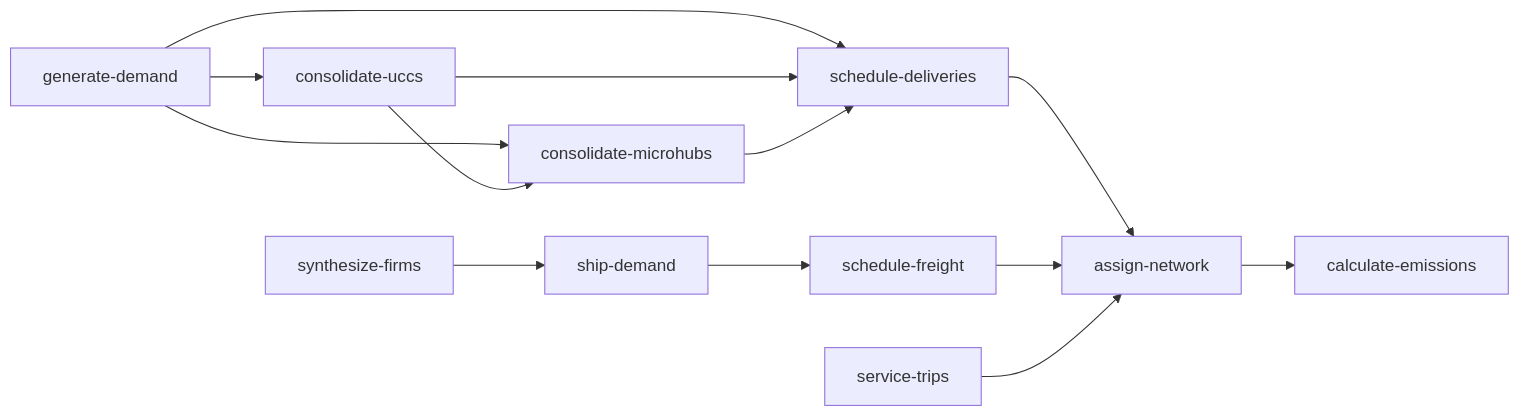
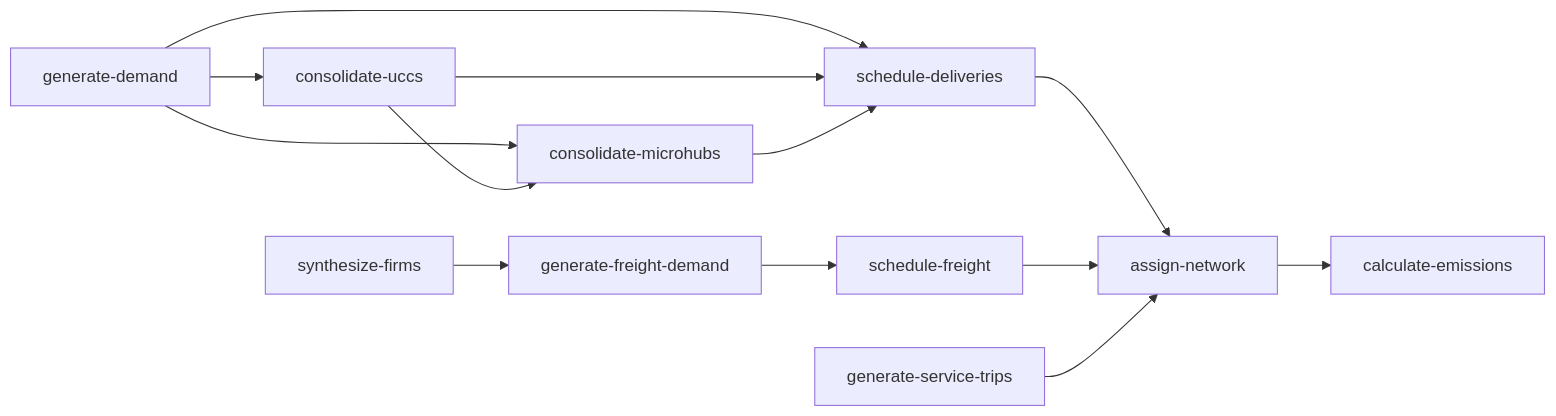
Before and after one commit to hcubasd/urban-dollop: the diagram in README.md, drawn with Mermaid. The commit also changed other lines of this file, not shown here.

First line of the commit message:
Documentation pass: fix LaTeX, variable definitions, diagram names, prose

````diff
--- a/README.md
+++ b/README.md
@@ -39,15 +39,15 @@
 ```mermaid
 flowchart LR
     A[generate-demand] --> B[consolidate-uccs]
     A --> C[consolidate-microhubs]
     A --> D[schedule-deliveries]
     B --> C
     B --> D
     C --> D
-    G[synthesize-firms] --> H[ship-demand]
+    G[synthesize-firms] --> H[generate-freight-demand]
     H --> I[schedule-freight]
     D --> E[assign-network]
     I --> E
-    J[service-trips] --> E
+    J[generate-service-trips] --> E
     E --> F[calculate-emissions]
 ```
````
